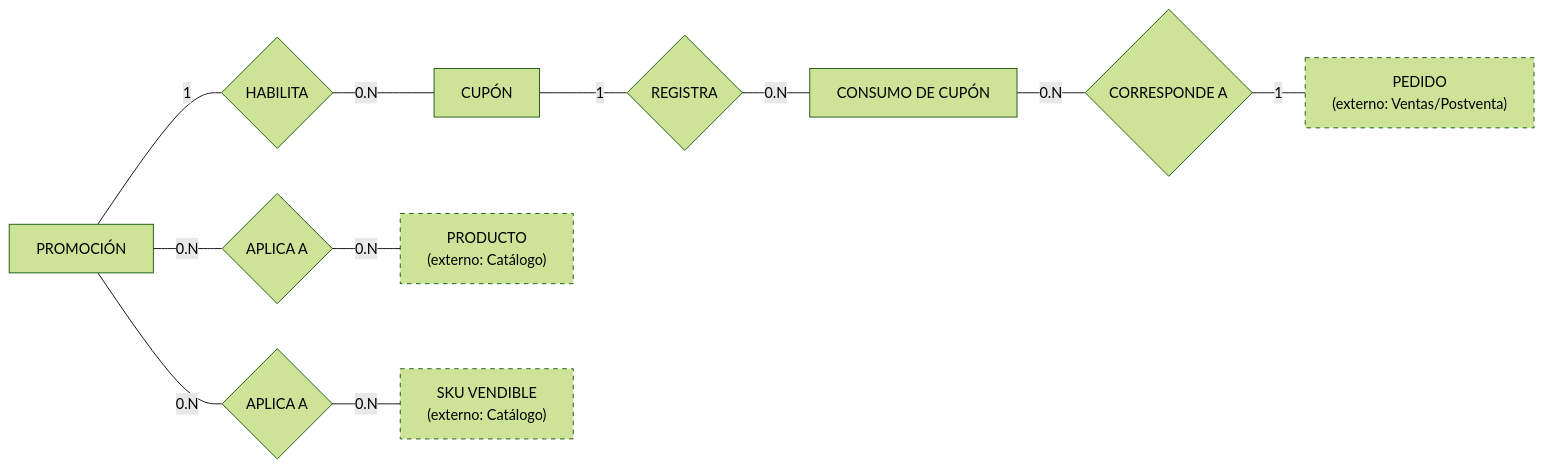
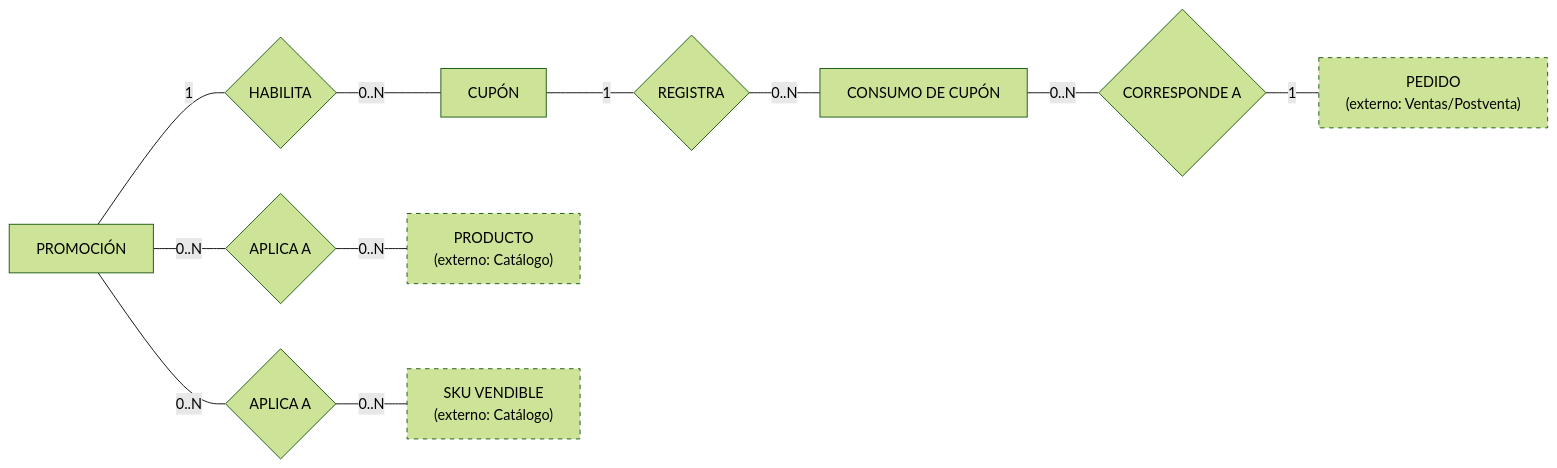
Before and after one commit to Taller-SW-Web/G6-Productos-Ofertas-docs: the sixth of 10 diagrams in Modelo_Conceptual.md, drawn with Mermaid (forest theme). The commit also changed other lines of this file and 11 other files, not shown here.

````diff
--- a/Modelo_Conceptual.md
+++ b/Modelo_Conceptual.md
@@ -557,34 +583,34 @@
 ```mermaid
 flowchart LR
   PROMO["PROMOCIÓN"]
   COUPON["CUPÓN"]
   USE["CONSUMO DE CUPÓN"]
 
   PRODUCT["PRODUCTO<br/>(externo: Catálogo)"]
   SKU["SKU VENDIBLE<br/>(externo: Catálogo)"]
   ORDER["PEDIDO<br/>(externo: Ventas/Postventa)"]
 
   R_PRODUCT{"APLICA A"}
   R_SKU{"APLICA A"}
   R_COUPON{"HABILITA"}
   R_USE{"REGISTRA"}
   R_ORDER{"CORRESPONDE A"}
 
-  PROMO ---|"0.N"| R_PRODUCT
-  R_PRODUCT ---|"0.N"| PRODUCT
+  PROMO ---|"0..N"| R_PRODUCT
+  R_PRODUCT ---|"0..N"| PRODUCT
 
-  PROMO ---|"0.N"| R_SKU
-  R_SKU ---|"0.N"| SKU
+  PROMO ---|"0..N"| R_SKU
+  R_SKU ---|"0..N"| SKU
 
   PROMO ---|"1"| R_COUPON
-  R_COUPON ---|"0.N"| COUPON
+  R_COUPON ---|"0..N"| COUPON
 
   COUPON ---|"1"| R_USE
-  R_USE ---|"0.N"| USE
+  R_USE ---|"0..N"| USE
 
-  USE ---|"0.N"| R_ORDER
+  USE ---|"0..N"| R_ORDER
   R_ORDER ---|"1"| ORDER
 
   classDef external stroke-dasharray: 5 5;
   class PRODUCT,SKU,ORDER external;
 ```
````
